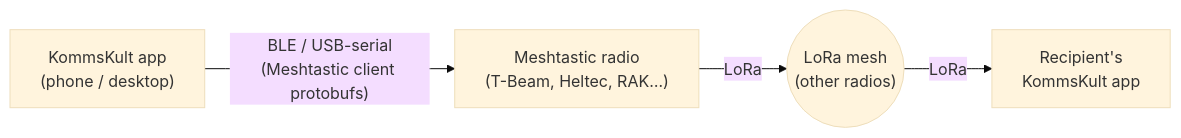
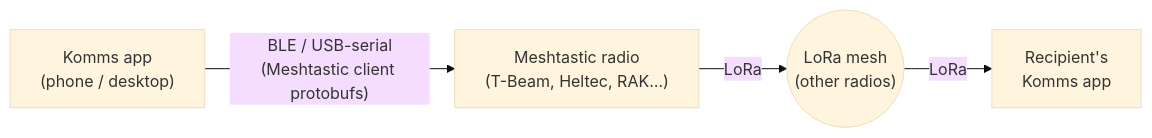
Before and after one commit to AndriGitDev/Komms: the diagram in docs/05-transports.md, drawn with Mermaid (base theme). The commit also changed other lines of this file and 31 other files, not shown here.

First line of the commit message:
Rebrand KommsKult to Komms across docs, code strings, and protocol IDs

````diff
--- a/docs/05-transports.md
+++ b/docs/05-transports.md
@@ -81,9 +81,9 @@
 ```mermaid
 flowchart LR
-    App["KommsKult app<br/>(phone / desktop)"]
+    App["Komms app<br/>(phone / desktop)"]
     Radio["Meshtastic radio<br/>(T-Beam, Heltec, RAK…)"]
     Mesh(("LoRa mesh<br/>(other radios)"))
-    Peer["Recipient's<br/>KommsKult app"]
+    Peer["Recipient's<br/>Komms app"]
     App -- "BLE / USB-serial<br/>(Meshtastic client protobufs)" --> Radio
     Radio -- "LoRa" --> Mesh -- "LoRa" --> Peer
 ```
````
